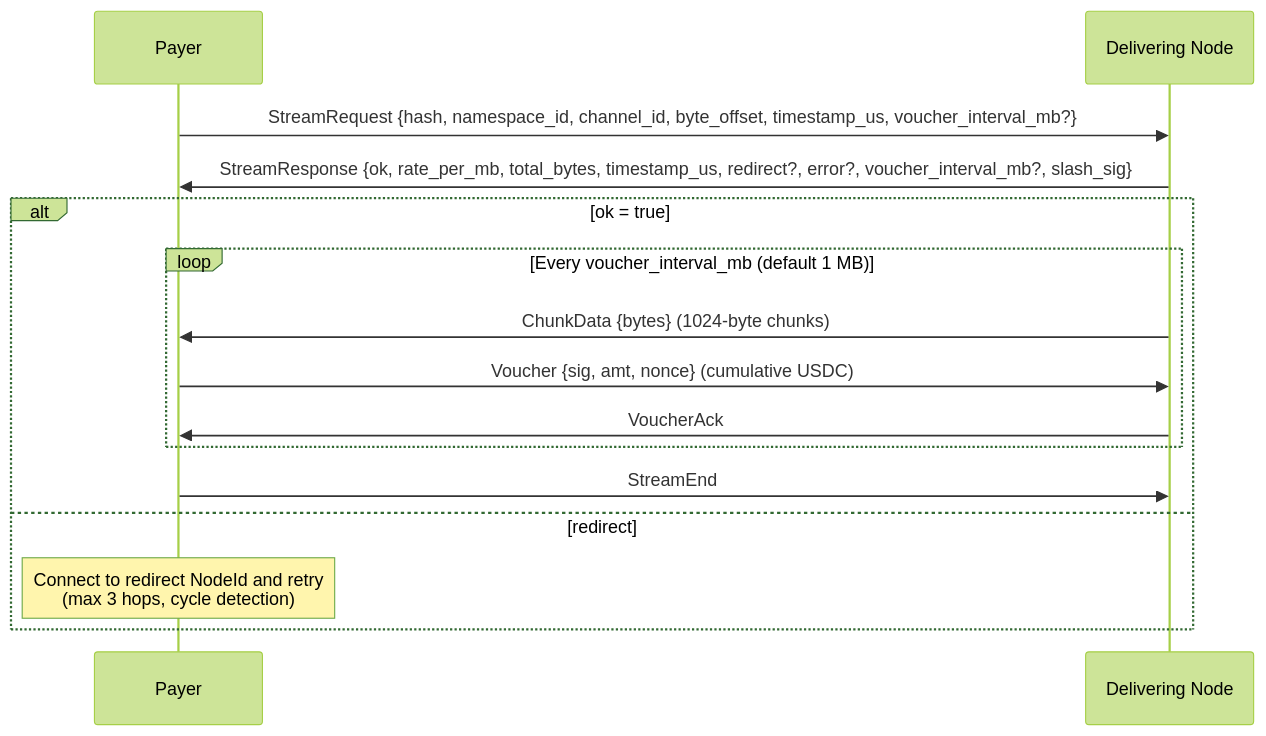
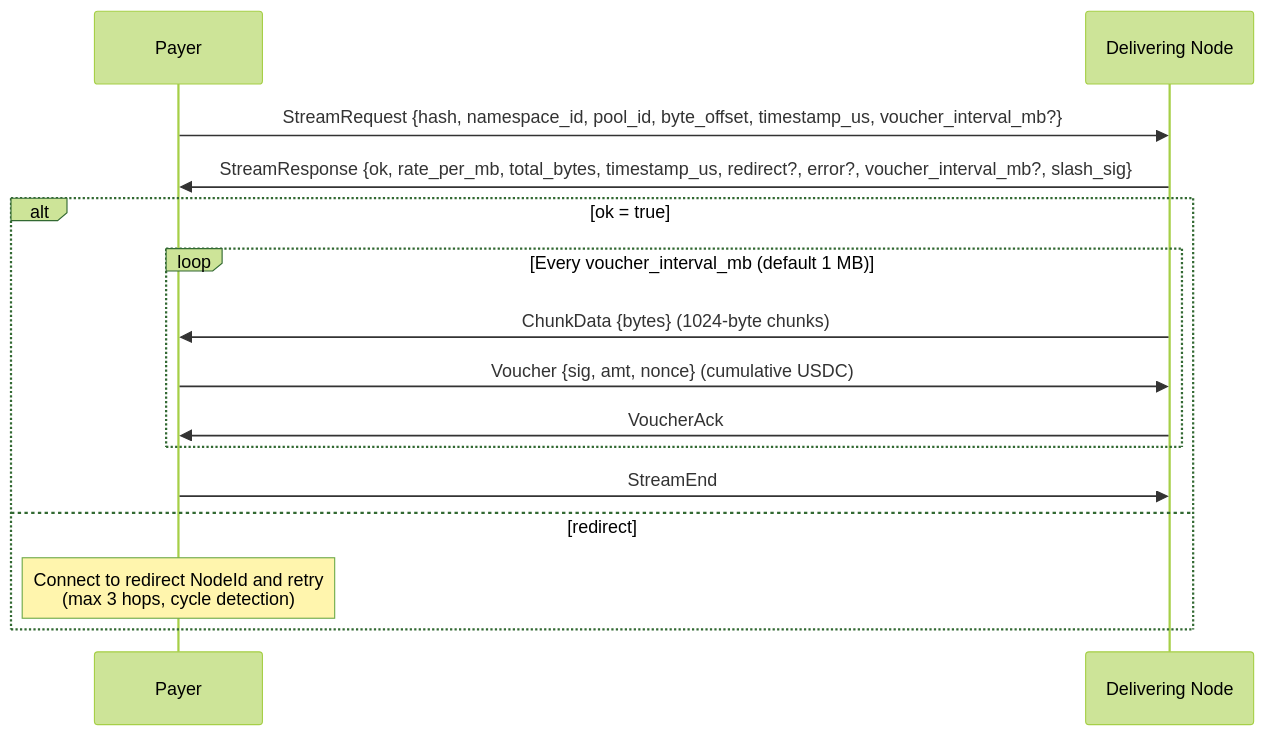
The second of 3 diagrams in adr/005-protocol.md (decdn/decdn), drawn with Mermaid (forest theme) before and after one commit. The commit also changed other lines of this file and 26 other files, not shown here.

First line of the commit message:
docs(adr): rename PaymentChannel→PaymentPool, retire pool expiry

````diff
--- a/adr/005-protocol.md
+++ b/adr/005-protocol.md
@@ -113,19 +113,19 @@
 ```mermaid
 sequenceDiagram
     participant P as Payer
     participant D as Delivering Node
 
-    P->>D: StreamRequest {hash, namespace_id, channel_id, byte_offset, timestamp_us, voucher_interval_mb?}
+    P->>D: StreamRequest {hash, namespace_id, pool_id, byte_offset, timestamp_us, voucher_interval_mb?}
     D->>P: StreamResponse {ok, rate_per_mb, total_bytes, timestamp_us, redirect?, error?, voucher_interval_mb?, slash_sig}
 
     alt ok = true
         loop Every voucher_interval_mb (default 1 MB)
             D->>P: ChunkData {bytes} (1024-byte chunks)
             P->>D: Voucher {sig, amt, nonce} (cumulative USDC)
             D->>P: VoucherAck
         end
         P->>D: StreamEnd
     else redirect
         Note over P: Connect to redirect NodeId and retry<br/>(max 3 hops, cycle detection)
     end
 ```
````
